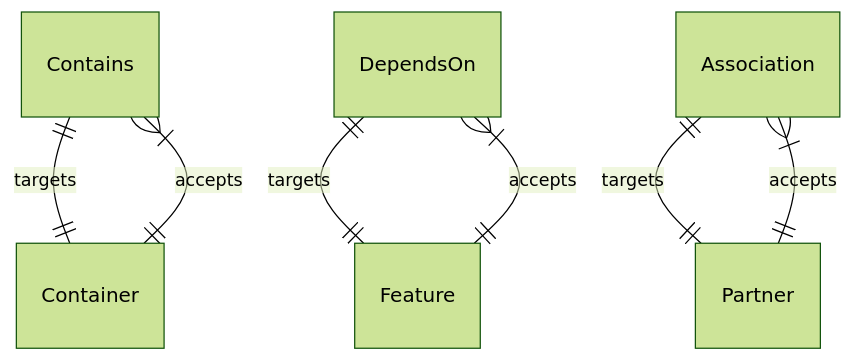
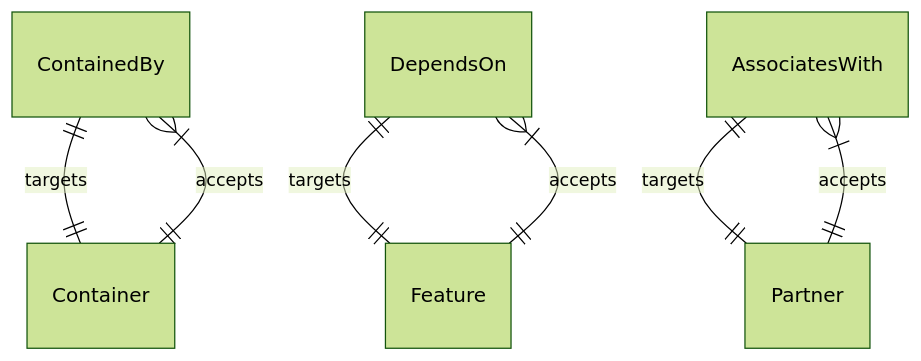
Before and after one commit to oasis-open/tosca-community-contributions: the diagram in profiles/community/tosca/core/README.md, drawn with Mermaid (forest theme). The commit also changed other lines of this file and 1 other file, not shown here.

````diff
--- a/profiles/community/tosca/core/README.md
+++ b/profiles/community/tosca/core/README.md
@@ -58,9 +47,9 @@
 ```mermaid
 erDiagram
-    Contains ||--|| Container : targets
-    Container ||--|{ Contains: accepts
+    ContainedBy ||--|| Container : targets
+    Container ||--|{ ContainedBy: accepts
     DependsOn ||--|| Feature : targets
     Feature ||--|{ DependsOn: accepts
-    Association ||--|| Partner : targets
-    Partner ||--|{ Association: accepts
+    AssociatesWith ||--|| Partner : targets
+    Partner ||--|{ AssociatesWith: accepts
 ```
````
